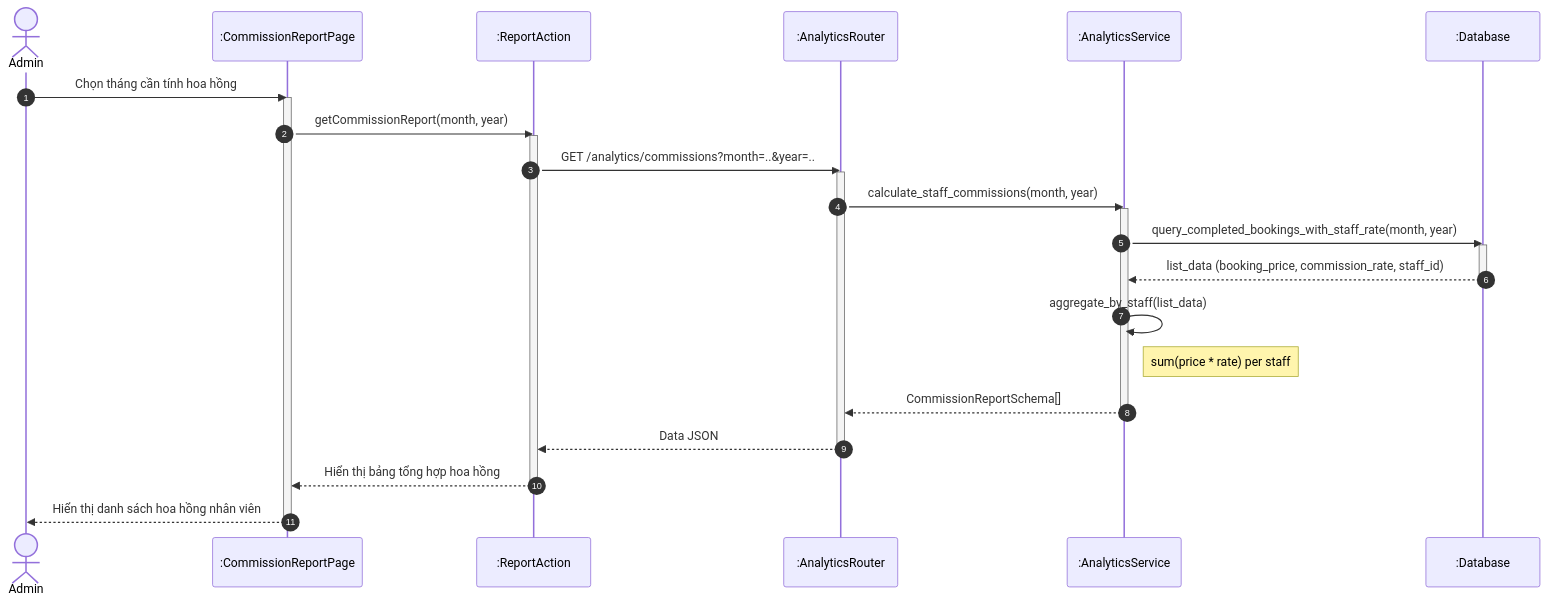
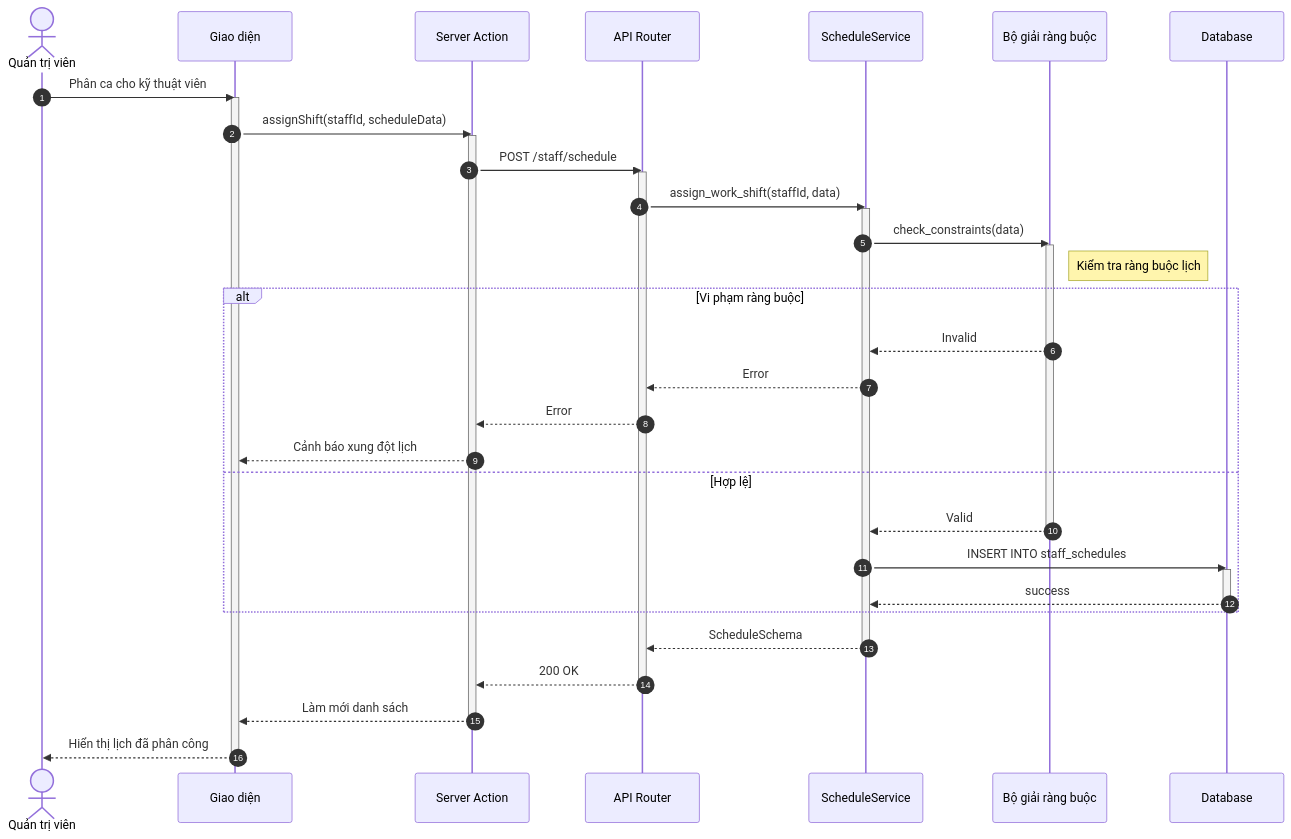
The fifth of 5 diagrams in docs/design/sequences/admin_flows.md (ngoctinn/Synapse), drawn with Mermaid before and after one commit. The commit also changed other lines of this file and 11 other files, not shown here.

Commit message:
docs: Add initial design documentation, including architecture, UI, use cases, and detailed sequence diagrams for various user flows.

````diff
--- a/docs/design/sequences/admin_flows.md
+++ b/docs/design/sequences/admin_flows.md
@@ -210,41 +202,52 @@
 ```mermaid
 sequenceDiagram
     autonumber
-    actor AD as Admin
-    participant UI as :CommissionReportPage
-    participant BFF as :ReportAction
-    participant API as :AnalyticsRouter
-    participant S as :AnalyticsService
-    participant DB as :Database
+    actor QTV as Quản trị viên
+    participant UI as Giao diện
+    participant BFF as Server Action
+    participant API as API Router
+    participant S as ScheduleService
+    participant SOLVER as Bộ giải ràng buộc
+    participant DB as Database
 
-    AD->>UI: Chọn tháng cần tính hoa hồng
+    QTV->>UI: Phân ca cho kỹ thuật viên
     activate UI
-    UI->>BFF: getCommissionReport(month, year)
+    UI->>BFF: assignShift(staffId, scheduleData)
     activate BFF
 
-    BFF->>API: GET /analytics/commissions?month=..&year=..
+    BFF->>API: POST /staff/schedule
     activate API
 
-    API->>S: calculate_staff_commissions(month, year)
+    API->>S: assign_work_shift(staffId, data)
     activate S
 
-    S->>DB: query_completed_bookings_with_staff_rate(month, year)
-    activate DB
-    DB-->>S: list_data (booking_price, commission_rate, staff_id)
-    deactivate DB
+    S->>SOLVER: check_constraints(data)
+    activate SOLVER
+    note right of SOLVER: Kiểm tra ràng buộc lịch
 
-    S->>S: aggregate_by_staff(list_data)
-    note right of S: sum(price * rate) per staff
+    alt Vi phạm ràng buộc
+        SOLVER-->>S: Invalid
+        S-->>API: Error
+        API-->>BFF: Error
+        BFF-->>UI: Cảnh báo xung đột lịch
+    else Hợp lệ
+        SOLVER-->>S: Valid
+        deactivate SOLVER
+        S->>DB: INSERT INTO staff_schedules
+        activate DB
+        DB-->>S: success
+        deactivate DB
+    end
 
-    S-->>API: CommissionReportSchema[]
+    S-->>API: ScheduleSchema
     deactivate S
 
-    API-->>BFF: Data JSON
+    API-->>BFF: 200 OK
     deactivate API
 
-    BFF-->>UI: Hiển thị bảng tổng hợp hoa hồng
+    BFF-->>UI: Làm mới danh sách
     deactivate BFF
 
-    UI-->>AD: Hiển thị danh sách hoa hồng nhân viên
+    UI-->>QTV: Hiển thị lịch đã phân công
     deactivate UI
 ```
````
